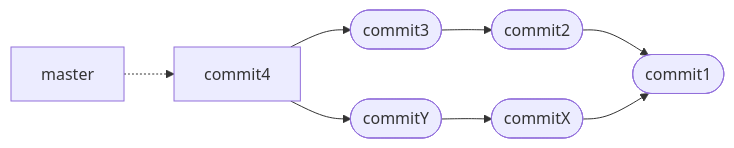
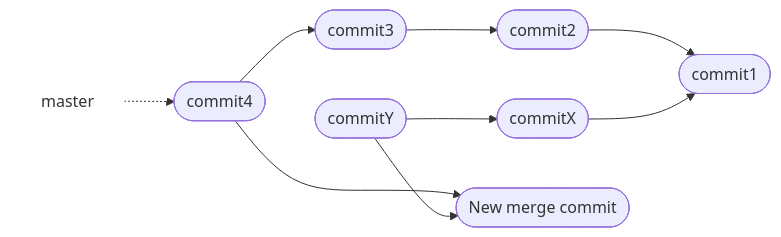
Before and after one commit to hpc2n/course-intro-git: the third of 7 diagrams in docs/branches.md, drawn with Mermaid. The commit also changed other lines of this file, not shown here.

Commit message:
Trying to get the order correct in the mermaid diagram

````diff
--- a/docs/branches.md
+++ b/docs/branches.md
@@ -308,19 +310,23 @@
 ```mermaid
 graph LR
+
+  master["master"]
+  style master fill:#ffffff,stroke:#ffffff
 
   commitX(["commitX"])
   commit1(["commit1"])
   commit2(["commit2"])
   commitY(["commitY"])
   commit3(["commit3"])
+  commit4(["commit4"])
+  commit4Y(["New merge commit"])
 
+  master -.-> commit4
+  commit4 --> commit3
+  commit4 --> commit4Y
+  commit3 --> commit2
   commit2 --> commit1
+  commitY --> commitX
+  commitY --> commit4Y
   commitX --> commit1
-  commit3 --> commit2
-  commitY --> commitX
-
-  master["master"]
-  master -.-> commit4 
-  commit4 --> commit3
-  commit4 --> commitY
 ```
````
